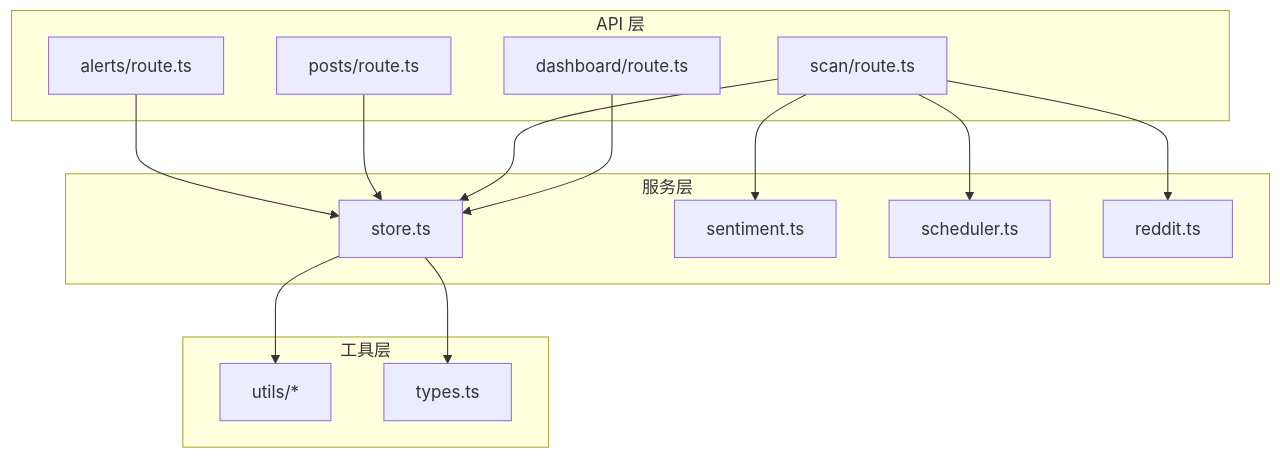
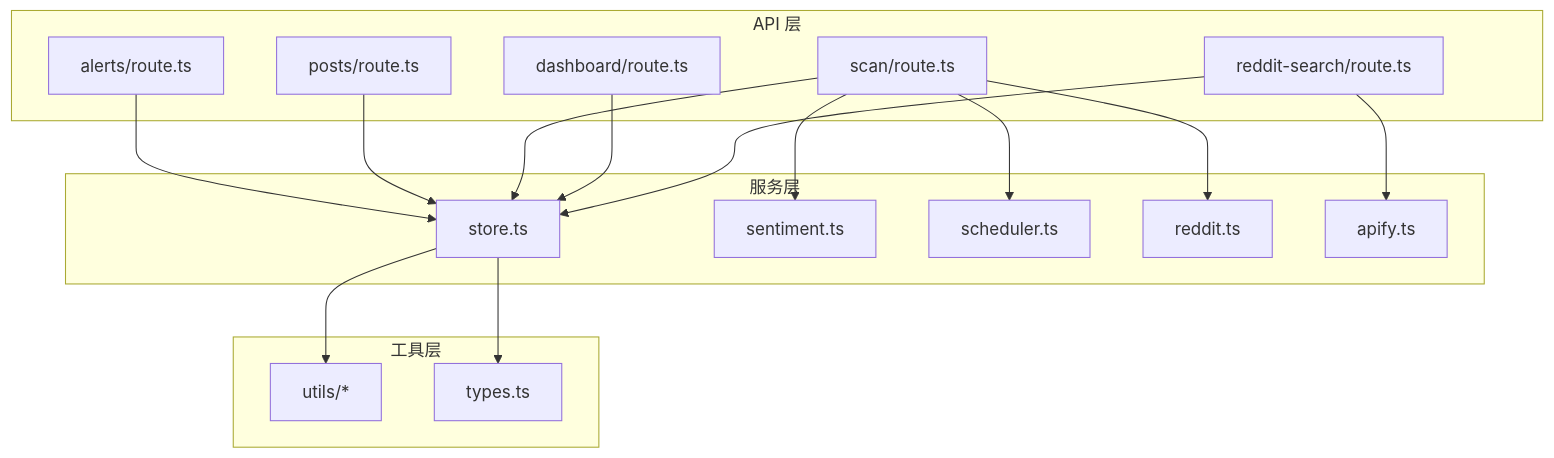
The sixth of 6 diagrams in .qoder/repowiki/zh/content/API 接口文档/API 接口文档.md (zezzezzez/reddit), drawn with Mermaid before and after one commit. The commit also changed other lines of this file and 21 other files, not shown here.

````diff
--- a/.qoder/repowiki/zh/content/API 接口文档/API 接口文档.md
+++ b/.qoder/repowiki/zh/content/API 接口文档/API 接口文档.md
@@ -667,28 +834,32 @@
 ```mermaid
 graph TB
 subgraph "API 层"
 Alerts[alerts/route.ts]
 Posts[posts/route.ts]
 Scan[scan/route.ts]
 Dashboard[dashboard/route.ts]
+RedditSearch[reddit-search/route.ts]
 end
 subgraph "服务层"
 Store[store.ts]
 Sentiment[sentiment.ts]
 Scheduler[scheduler.ts]
 Reddit[reddit.ts]
+Apify[apify.ts]
 end
 subgraph "工具层"
 Utils[utils/*]
 Types[types.ts]
 end
 Alerts --> Store
 Posts --> Store
 Scan --> Store
 Scan --> Sentiment
 Scan --> Reddit
 Scan --> Scheduler
 Dashboard --> Store
+RedditSearch --> Apify
+RedditSearch --> Store
 Store --> Utils
 Store --> Types
 ```
````
